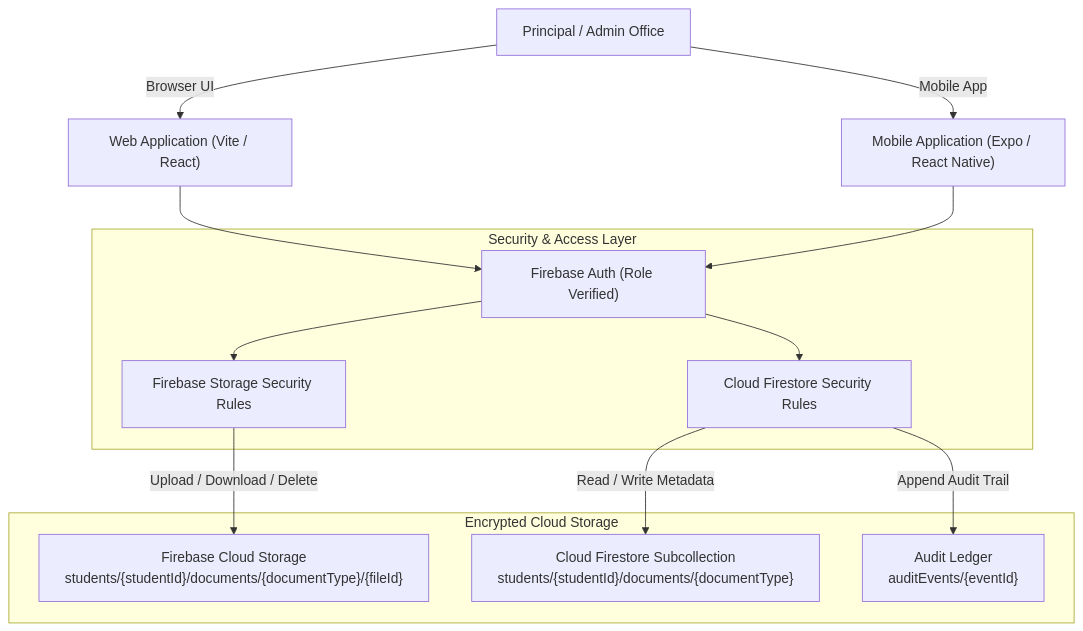
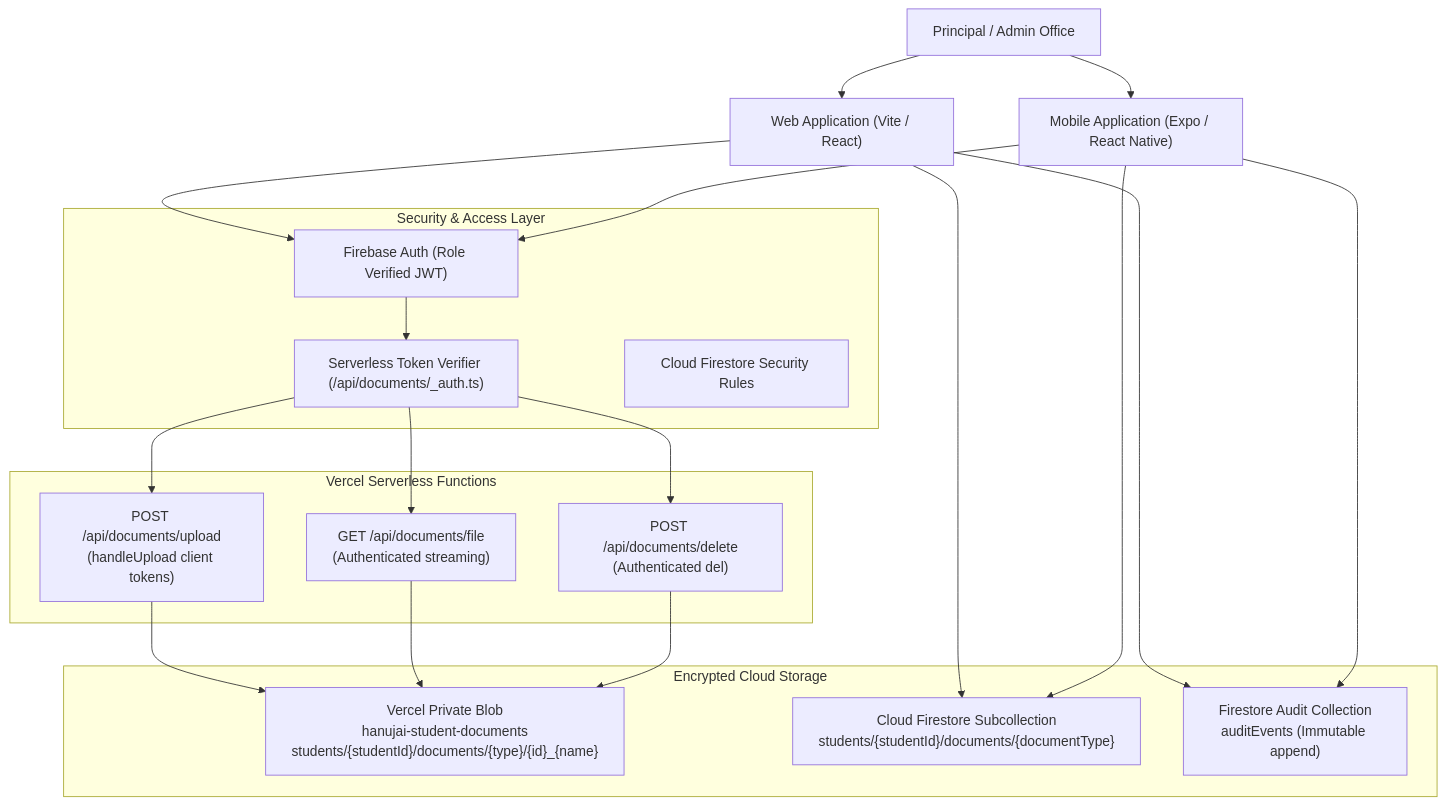
One commit to shashwat-dev1/school-erp changed the diagram in docs/architecture/STUDENT_DOCUMENT_MANAGEMENT.md. Above: the diagram before and after it, drawn with Mermaid. The commit also changed other lines of this file and 16 other files, not shown here.

Commit message:
feat(storage): migrate student document storage to Vercel Private Blob

````diff
--- a/docs/architecture/STUDENT_DOCUMENT_MANAGEMENT.md
+++ b/docs/architecture/STUDENT_DOCUMENT_MANAGEMENT.md
@@ -46,31 +53,37 @@
 ```mermaid
 flowchart TD
     User["Principal / Admin Office"]
     WebClient["Web Application (Vite / React)"]
     MobileClient["Mobile Application (Expo / React Native)"]
 
     subgraph SecurityBoundary["Security & Access Layer"]
-        FirebaseAuth["Firebase Auth (Role Verified)"]
-        StorageRules["Firebase Storage Security Rules"]
+        FirebaseAuth["Firebase Auth (Role Verified JWT)"]
+        ServerlessAuth["Serverless Token Verifier (/api/documents/_auth.ts)"]
         FirestoreRules["Cloud Firestore Security Rules"]
     end
 
-    subgraph DataStorage["Encrypted Cloud Storage"]
-        CloudStorage["Firebase Cloud Storage\nstudents/{studentId}/documents/{documentType}/{fileId}"]
-        Firestore["Cloud Firestore Subcollection\nstudents/{studentId}/documents/{documentType}"]
-        AuditLog["Audit Ledger\nauditEvents/{eventId}"]
+    subgraph ServerlessFunctions["Vercel Serverless Functions"]
+        UploadFn["POST /api/documents/upload\n(handleUpload client tokens)"]
+        FileFn["GET /api/documents/file\n(Authenticated streaming)"]
+        DeleteFn["POST /api/documents/delete\n(Authenticated del)"]
     end
 
-    User -->|Browser UI| WebClient
-    User -->|Mobile App| MobileClient
+    subgraph DataStorage["Encrypted Cloud Storage"]
+        VercelBlob["Vercel Private Blob\nhanujai-student-documents\nstudents/{studentId}/documents/{type}/{id}_{name}"]
+        Firestore["Cloud Firestore Subcollection\nstudents/{studentId}/documents/{documentType}"]
+        AuditLogs["Firestore Audit Collection\nauditEvents (Immutable append)"]
+    end
 
-    WebClient --> FirebaseAuth
-    MobileClient --> FirebaseAuth
-
-    FirebaseAuth --> StorageRules
-    FirebaseAuth --> FirestoreRules
-
-    StorageRules -->|Upload / Download / Delete| CloudStorage
-    FirestoreRules -->|Read / Write Metadata| Firestore
-    FirestoreRules -->|Append Audit Trail| AuditLog
+    User --> WebClient
+    User --> MobileClient
+    WebClient & MobileClient --> FirebaseAuth
+    FirebaseAuth --> ServerlessAuth
+    ServerlessAuth --> UploadFn
+    ServerlessAuth --> FileFn
+    ServerlessAuth --> DeleteFn
+    UploadFn --> VercelBlob
+    FileFn --> VercelBlob
+    DeleteFn --> VercelBlob
+    WebClient & MobileClient --> Firestore
+    WebClient & MobileClient --> AuditLogs
 ```
````
